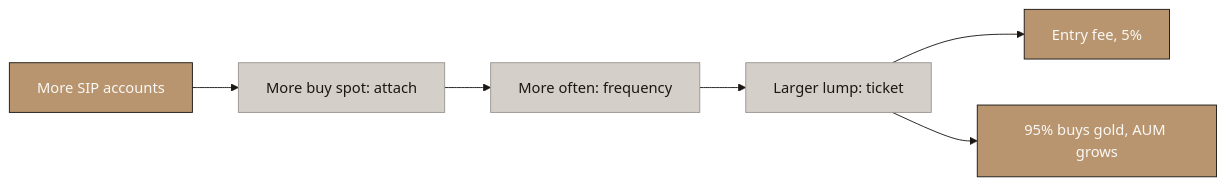
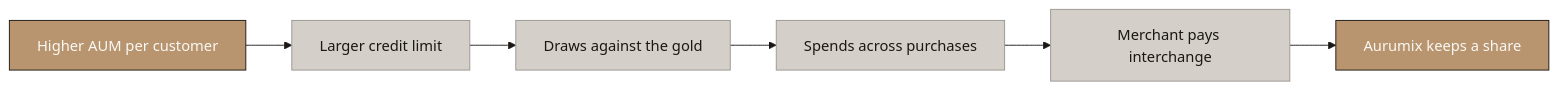
The second of 6 diagrams in deliverables/4-revenue-modeling/Aurumix_Process_Maps_Revenue_Growth.md (Abdsys/Aurumix), drawn with Mermaid before and after one commit. The commit also changed other lines of this file, not shown here.

First line of the commit message:
Abstract the growth maps; fold spot into the entry fee

````diff
--- a/deliverables/4-revenue-modeling/Aurumix_Process_Maps_Revenue_Growth.md
+++ b/deliverables/4-revenue-modeling/Aurumix_Process_Maps_Revenue_Growth.md
@@ -100,27 +104,27 @@
 ```mermaid
 %%{init: {'theme': 'base', 'themeVariables': {
     'primaryColor': '#B8956E',
     'primaryTextColor': '#1A1714',
     'primaryBorderColor': '#1A1714',
     'lineColor': '#1A1714',
     'secondaryColor': '#FAF8F5',
     'tertiaryColor': '#D4CFC8',
     'fontFamily': 'Libre Franklin, sans-serif',
     'edgeLabelBackground': '#D4CFC8',
     'clusterBkg': '#FAF8F5',
     'clusterBorder': '#B8956E'
 }}}%%
 graph LR
-    A["More SIP accounts"] --> B["More buy spot: attach"]
-    B --> C["More often: frequency"]
-    C --> D["Larger lump: ticket"]
-    D --> E["Entry fee, 5%"]
-    D --> F["95% buys gold, AUM grows"]
+    A["Higher AUM per customer"] --> B["Larger credit limit"]
+    B --> C["Draws against the gold"]
+    C --> D["Spends across purchases"]
+    D --> E["Merchant pays interchange"]
+    E --> F["Aurumix keeps a share"]
 
     style A fill:#B8956E,stroke:#1A1714,color:#FAF8F5
     style B fill:#D4CFC8,stroke:#9A9590,color:#1A1714
     style C fill:#D4CFC8,stroke:#9A9590,color:#1A1714
     style D fill:#D4CFC8,stroke:#9A9590,color:#1A1714
-    style E fill:#B8956E,stroke:#1A1714,color:#FAF8F5
+    style E fill:#D4CFC8,stroke:#9A9590,color:#1A1714
     style F fill:#B8956E,stroke:#1A1714,color:#FAF8F5
 ```
````
